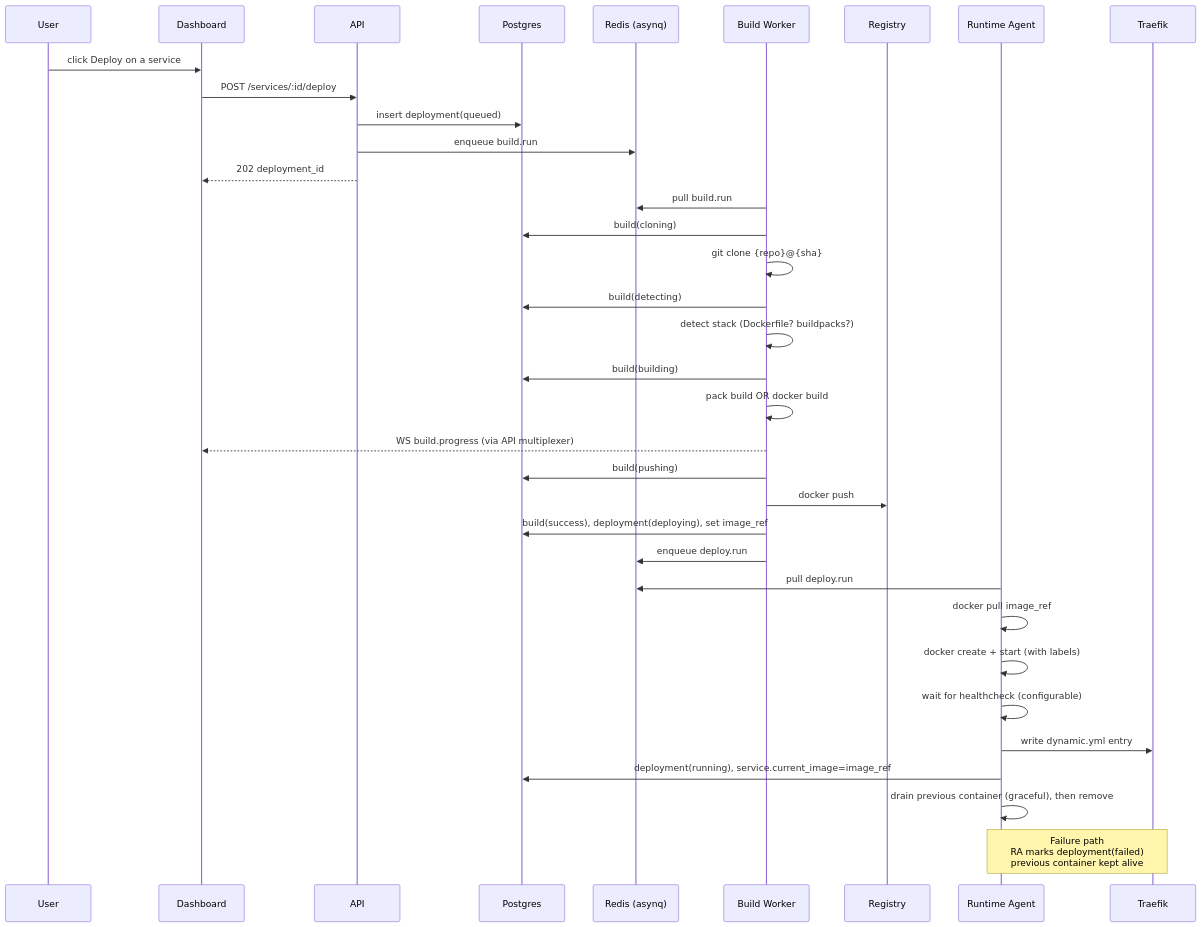
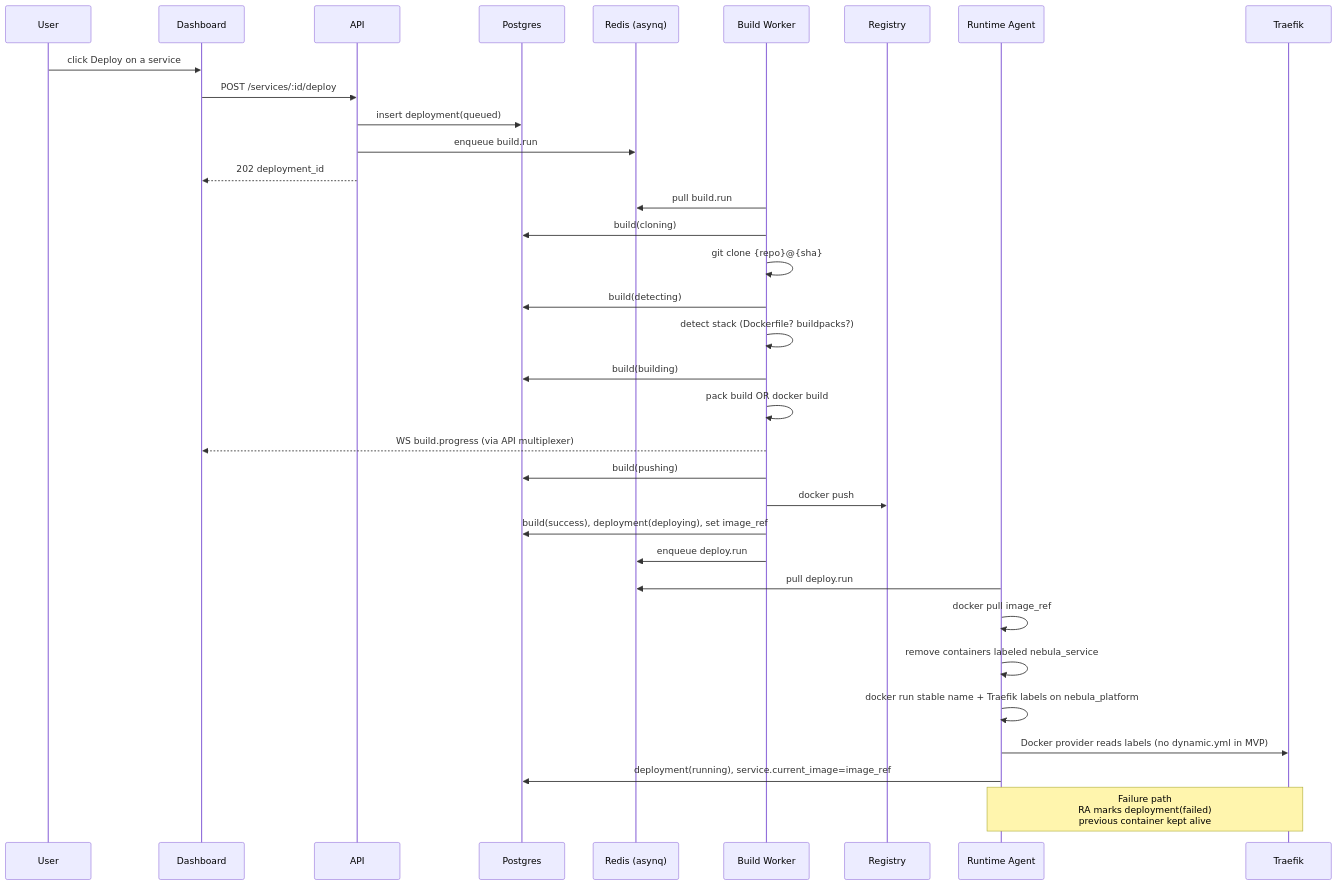
Before and after one commit to Felpis3196/nebulaCloud: the first of 2 diagrams in docs/DEPLOY-FLOW.md, drawn with Mermaid. The commit also changed other lines of this file and 78 other files, not shown here.

````diff
--- a/docs/DEPLOY-FLOW.md
+++ b/docs/DEPLOY-FLOW.md
@@ -27,41 +27,40 @@
 ```mermaid
 sequenceDiagram
     participant U as User
     participant FE as Dashboard
     participant API
     participant DB as Postgres
     participant Q as Redis (asynq)
     participant BW as Build Worker
     participant REG as Registry
     participant RA as Runtime Agent
     participant TR as Traefik
 
     U->>FE: click Deploy on a service
     FE->>API: POST /services/:id/deploy
     API->>DB: insert deployment(queued)
     API->>Q: enqueue build.run
     API-->>FE: 202 deployment_id
 
     BW->>Q: pull build.run
     BW->>DB: build(cloning)
     BW->>BW: git clone {repo}@{sha}
     BW->>DB: build(detecting)
     BW->>BW: detect stack (Dockerfile? buildpacks?)
     BW->>DB: build(building)
     BW->>BW: pack build OR docker build
     BW-->>FE: WS build.progress (via API multiplexer)
     BW->>DB: build(pushing)
     BW->>REG: docker push
     BW->>DB: build(success), deployment(deploying), set image_ref
     BW->>Q: enqueue deploy.run
 
     RA->>Q: pull deploy.run
     RA->>RA: docker pull image_ref
-    RA->>RA: docker create + start (with labels)
-    RA->>RA: wait for healthcheck (configurable)
-    RA->>TR: write dynamic.yml entry
+    RA->>RA: remove containers labeled nebula_service
+    RA->>RA: docker run stable name + Traefik labels on nebula_platform
+    RA->>TR: Docker provider reads labels (no dynamic.yml in MVP)
     RA->>DB: deployment(running), service.current_image=image_ref
-    RA->>RA: drain previous container (graceful), then remove
 
     Note over RA,TR: Failure path<br/>RA marks deployment(failed)<br/>previous container kept alive
 ```
````
